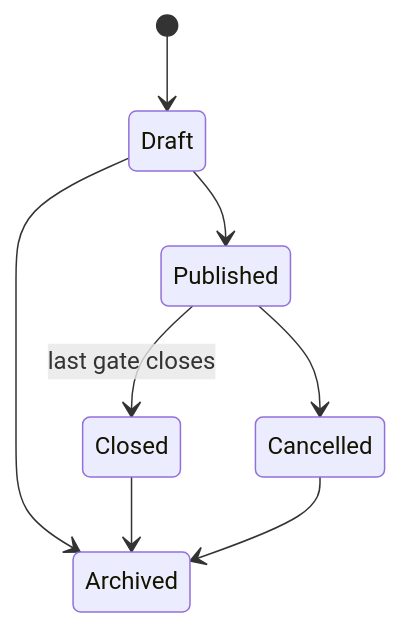
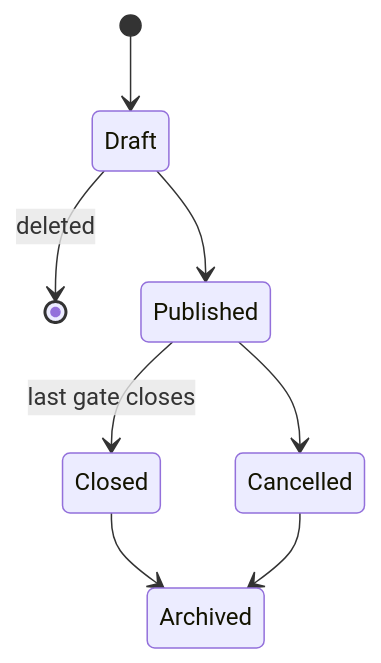
Before and after one commit to kreativesahara/ticket: the third of 7 diagrams in v1.md, drawn with Mermaid. The commit also changed other lines of this file and 7 other files, not shown here.

Commit message:
feat: update event lifecycle to allow deletion of unpublished drafts and add event state diagrams

````diff
--- a/v1.md
+++ b/v1.md
@@ -406,10 +406,10 @@
 ```mermaid
 stateDiagram-v2
     [*] --> Draft
+    Draft --> [*] : deleted
     Draft --> Published
-    Draft --> Archived
     Published --> Closed : last gate closes
     Published --> Cancelled
     Closed --> Archived
     Cancelled --> Archived
 ```
````
